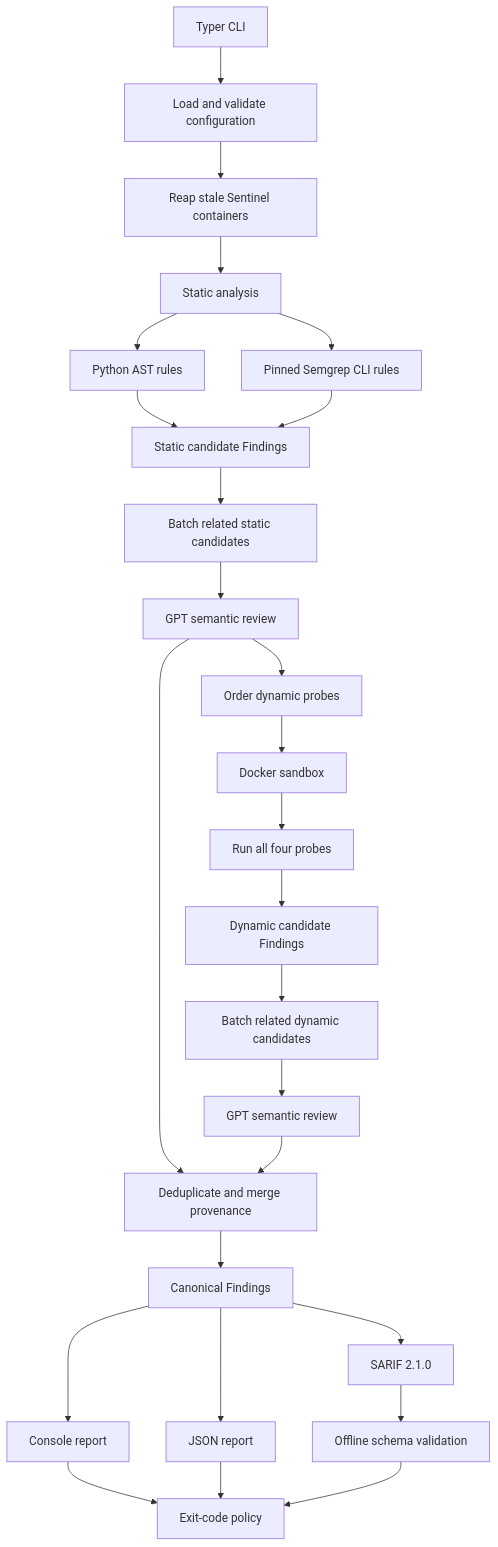
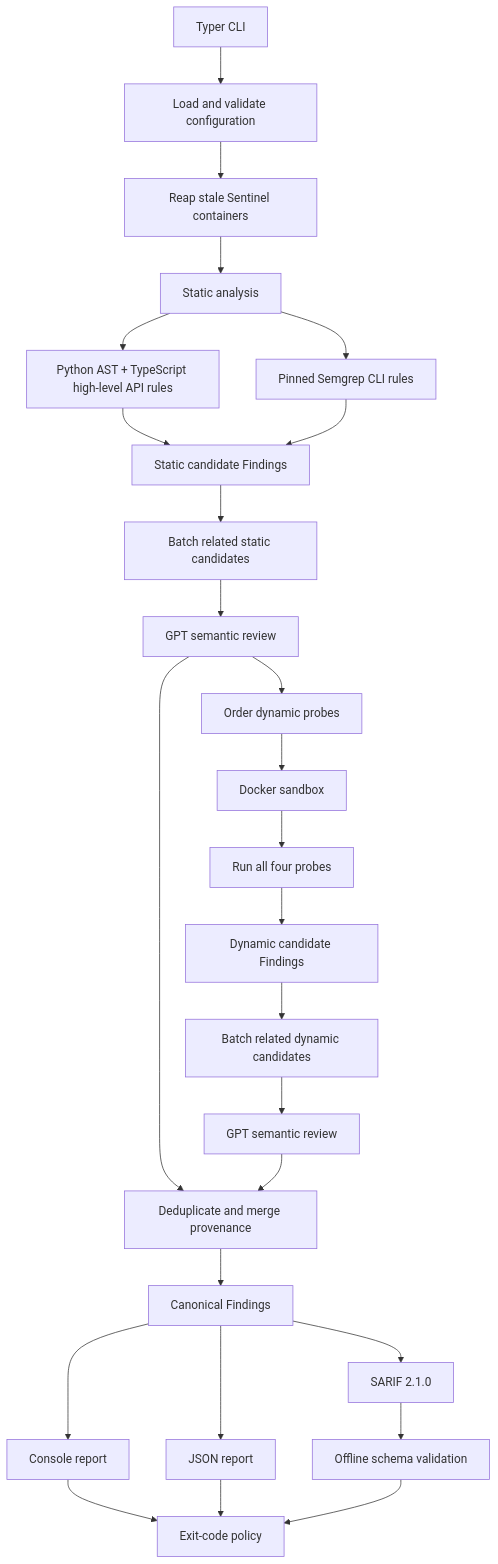
One commit to BashaarJavaid/MCP-Sentinel changed the first of 3 diagrams in ARCHITECTURE.md. Above: the diagram before and after it, drawn with Mermaid. The commit also changed other lines of this file and 49 other files, not shown here.

Commit message:
feat: add TypeScript static analysis

````diff
--- a/ARCHITECTURE.md
+++ b/ARCHITECTURE.md
@@ -67,28 +72,28 @@
 ```mermaid
 flowchart TD
     CLI[Typer CLI] --> CFG[Load and validate configuration]
     CFG --> REAP[Reap stale Sentinel containers]
     REAP --> STATIC[Static analysis]
-    STATIC --> AST[Python AST rules]
+    STATIC --> AST[Python AST + TypeScript high-level API rules]
     STATIC --> SEMGREP[Pinned Semgrep CLI rules]
     AST --> SF[Static candidate Findings]
     SEMGREP --> SF
     SF --> BATCH1[Batch related static candidates]
     BATCH1 --> GPT1[GPT semantic review]
     GPT1 --> PRIORITY[Order dynamic probes]
     PRIORITY --> DOCKER[Docker sandbox]
     DOCKER --> PROBES[Run all four probes]
     PROBES --> DF[Dynamic candidate Findings]
     DF --> BATCH2[Batch related dynamic candidates]
     BATCH2 --> GPT2[GPT semantic review]
     GPT1 --> MERGE[Deduplicate and merge provenance]
     GPT2 --> MERGE
     MERGE --> REPORT[Canonical Findings]
     REPORT --> CONSOLE[Console report]
     REPORT --> JSON[JSON report]
     REPORT --> SARIF[SARIF 2.1.0]
     SARIF --> VALIDATE[Offline schema validation]
     CONSOLE --> EXIT[Exit-code policy]
     JSON --> EXIT
     VALIDATE --> EXIT
 ```
````
